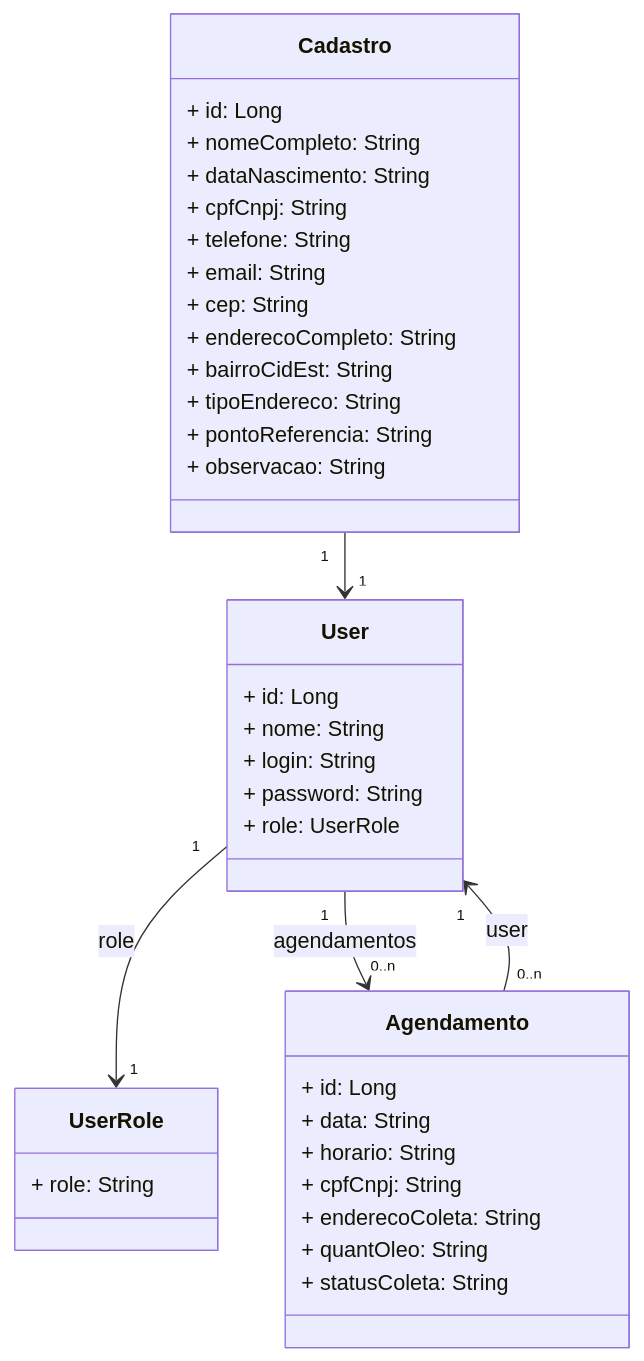
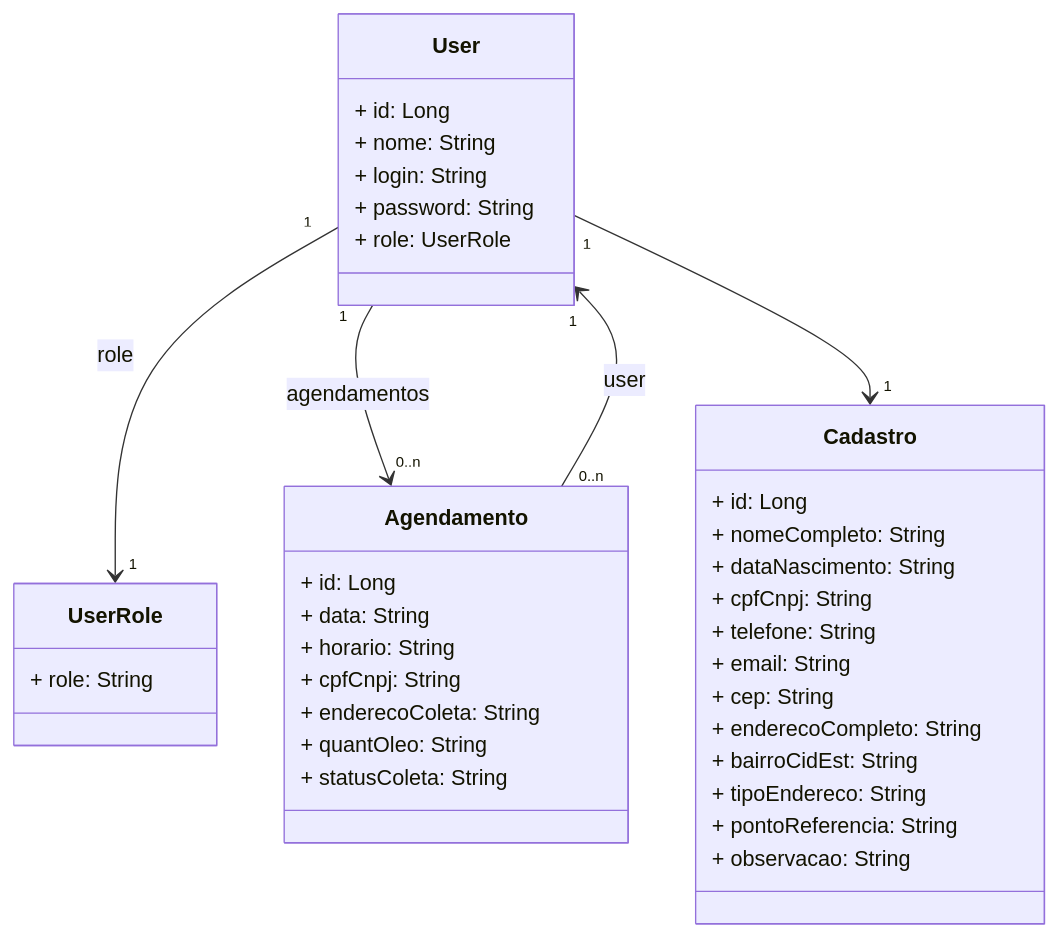
The diagram in README.md (Luzielmalu/Projeto-final-AcademiaUFN-EcoSist), drawn with Mermaid before and after one commit.

````diff
--- a/README.md
+++ b/README.md
@@ -43,44 +43,44 @@
 ```mermaid
 classDiagram
     class User {
         + id: Long
         + nome: String
         + login: String
         + password: String
         + role: UserRole
     }
 
     class Cadastro {
         + id: Long
         + nomeCompleto: String
         + dataNascimento: String
         + cpfCnpj: String
         + telefone: String
         + email: String
         + cep: String
         + enderecoCompleto: String
         + bairroCidEst: String
         + tipoEndereco: String
         + pontoReferencia: String
         + observacao: String
     }
 
     class Agendamento {
         + id: Long
         + data: String
         + horario: String
         + cpfCnpj: String
         + enderecoColeta: String
         + quantOleo: String
         + statusColeta: String
     }
 
     class UserRole {
         + role: String
     }
 
     User "1" --> "1" UserRole : role
     User "1" --> "0..n" Agendamento : agendamentos
-    Cadastro "1" --> "1" User
+    User "1" --> "1" Cadastro
     Agendamento "0..n" --> "1" User: user
    ```
````
